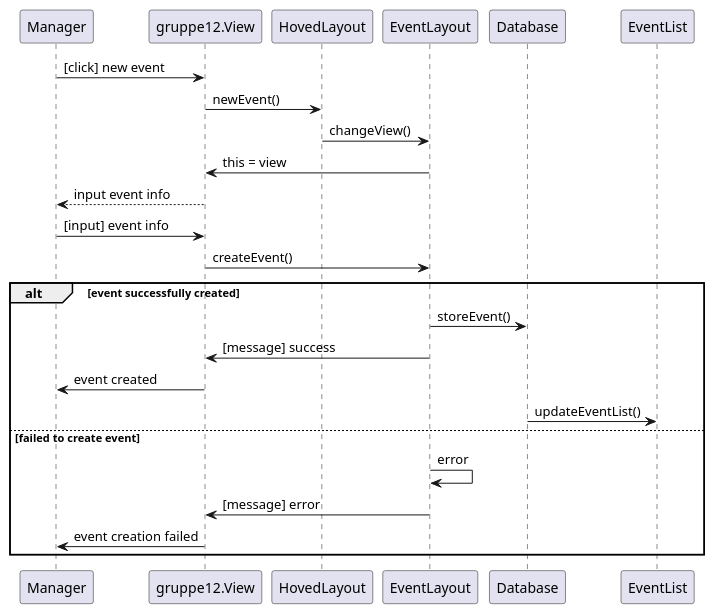
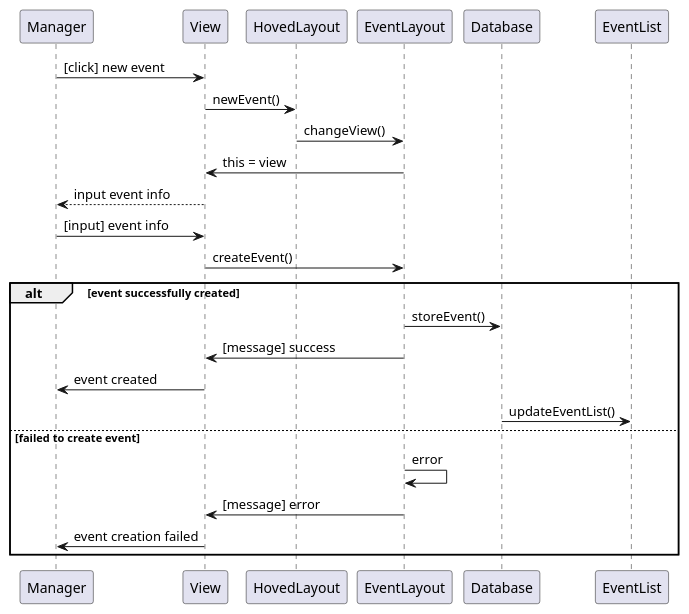
Before and after one commit to simenvl/software-engineering_g12: the diagram in src/main/java/gruppe12/Charts/Sequence/alt/CreateEventSequence.puml, drawn with PlantUML. The commit also changed 34 other files, not shown here.

```diff
--- a/src/main/java/gruppe12/Charts/Sequence/alt/CreateEventSequence.puml
+++ b/src/main/java/gruppe12/Charts/Sequence/alt/CreateEventSequence.puml
@@ -1,19 +1,19 @@
 @startuml
-Manager -> gruppe12.View: [click] new event
-gruppe12.View -> HovedLayout: newEvent()
+Manager -> View: [click] new event
+View -> HovedLayout: newEvent()
 HovedLayout -> EventLayout: changeView()
-EventLayout -> gruppe12.View: this = view
-gruppe12.View --> Manager: input event info
-Manager -> gruppe12.View: [input] event info
-gruppe12.View -> EventLayout: createEvent()
+EventLayout -> View: this = view
+View --> Manager: input event info
+Manager -> View: [input] event info
+View -> EventLayout: createEvent()
 alt event successfully created
 EventLayout -> Database: storeEvent()
-EventLayout -> gruppe12.View: [message] success
-gruppe12.View -> Manager: event created
+EventLayout -> View: [message] success
+View -> Manager: event created
 Database -> EventList: updateEventList()
 else failed to create event
 EventLayout -> EventLayout: error
-EventLayout -> gruppe12.View: [message] error
-gruppe12.View -> Manager: event creation failed
+EventLayout -> View: [message] error
+View -> Manager: event creation failed
 end
 @enduml
```
